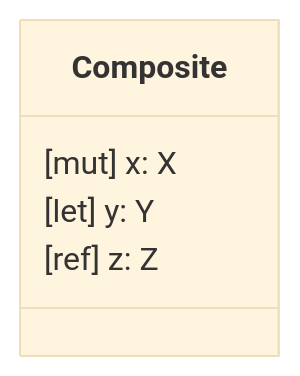
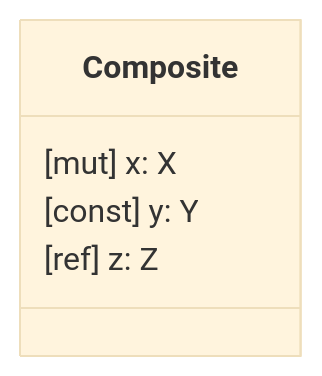
The first of 5 diagrams in documentation/semantics.md (clawrlang/clawr-concept), drawn with Mermaid (base theme) before and after one commit. The commit also changed other lines of this file and 24 other files, not shown here.

Commit message:
Replace `let` with `const`

````diff
--- a/documentation/semantics.md
+++ b/documentation/semantics.md
@@ -28,8 +28,8 @@
 ```mermaid
 classDiagram
 class Composite {
   [mut] x: X
-  [let] y: Y
+  [const] y: Y
   [ref] z: Z
 }
 ```
````
